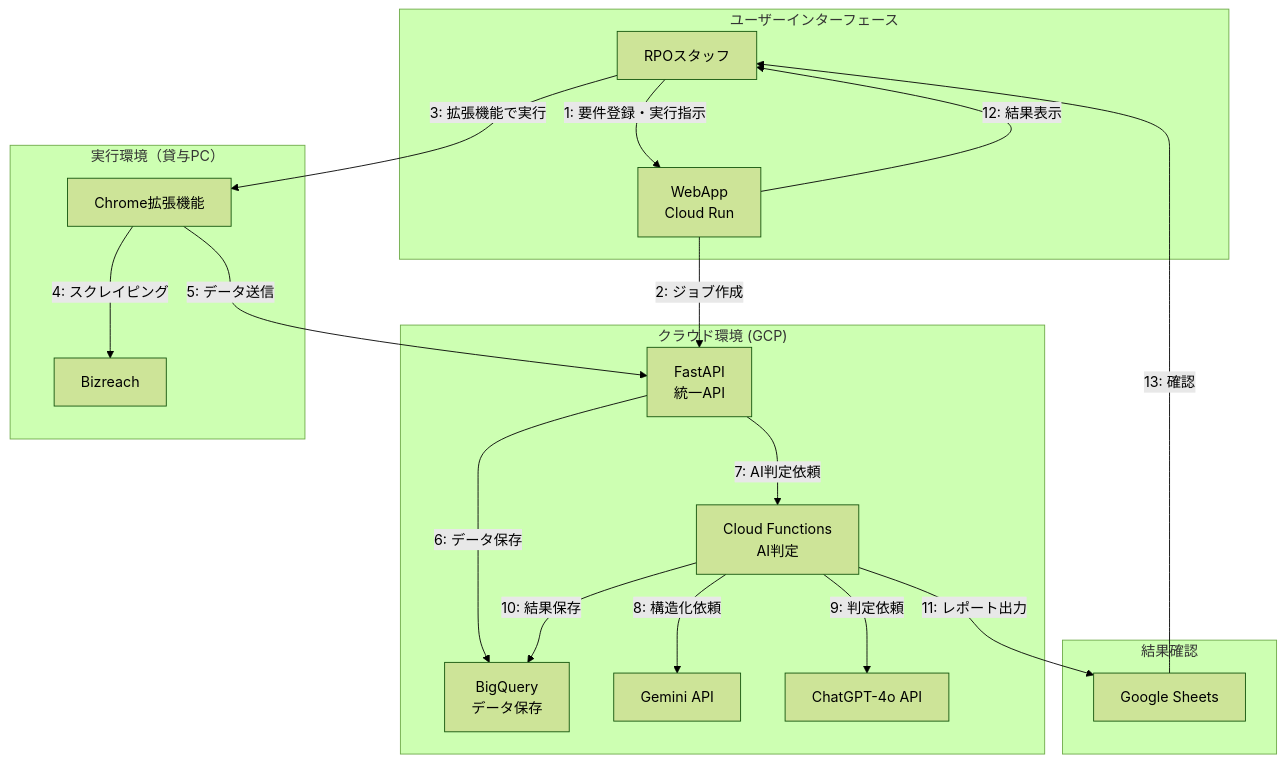
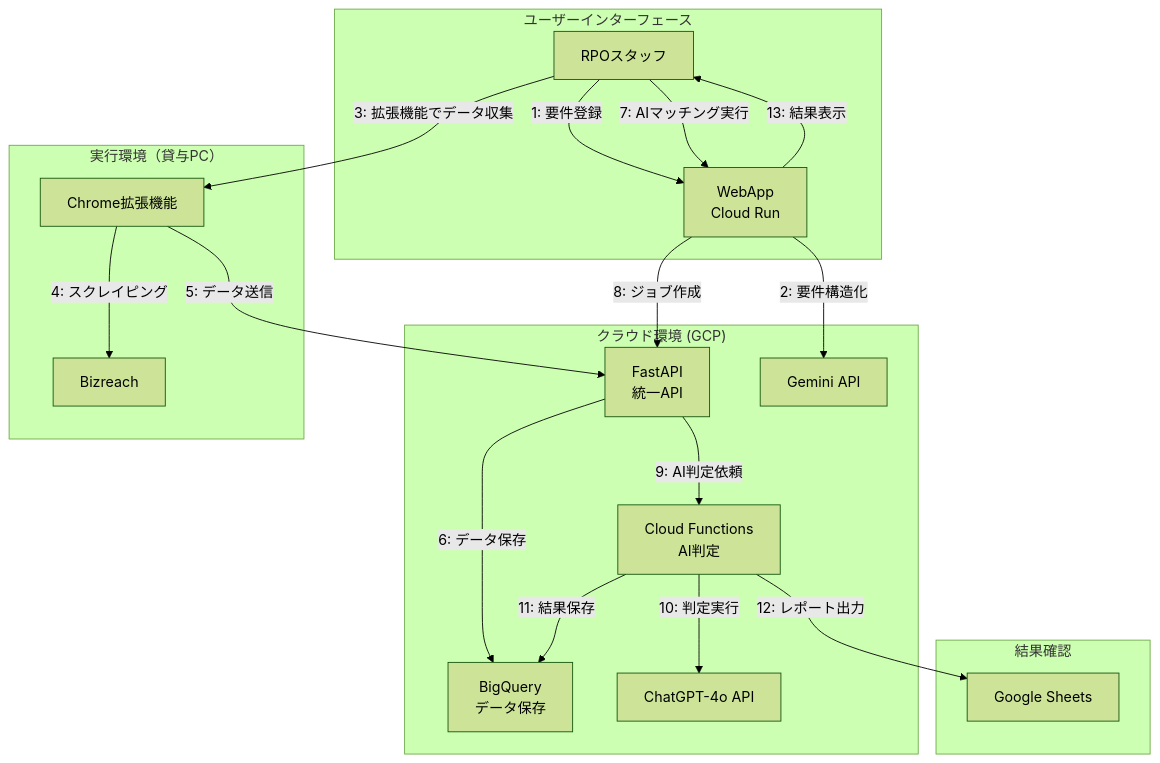
The first of 4 diagrams in README_CHROME_EXTENSION.md (takeshita-0x0201/rpo-automation), drawn with Mermaid (forest theme) before and after one commit. The commit also changed other lines of this file, not shown here.

````diff
--- a/README_CHROME_EXTENSION.md
+++ b/README_CHROME_EXTENSION.md
@@ -36,38 +36,38 @@
 ```mermaid
 graph TD
     subgraph "ユーザーインターフェース"
         A[RPOスタッフ]
         B[WebApp<br/>Cloud Run]
     end
     
     subgraph "クラウド環境 (GCP)"
         C[FastAPI<br/>統一API]
         D[Cloud Functions<br/>AI判定]
         E[BigQuery<br/>データ保存]
         F[Gemini API]
         G[ChatGPT-4o API]
     end
     
     subgraph "実行環境（貸与PC）"
         H[Chrome拡張機能]
         I[Bizreach]
     end
     
     subgraph "結果確認"
         J[Google Sheets]
     end
     
-    A -->|1: 要件登録・実行指示| B
-    B -->|2: ジョブ作成| C
-    A -->|3: 拡張機能で実行| H
+    A -->|1: 要件登録| B
+    B -->|2: 要件構造化| F
+    A -->|3: 拡張機能でデータ収集| H
     H -->|4: スクレイピング| I
     H -->|5: データ送信| C
     C -->|6: データ保存| E
-    C -->|7: AI判定依頼| D
-    D -->|8: 構造化依頼| F
-    D -->|9: 判定依頼| G
-    D -->|10: 結果保存| E
-    D -->|11: レポート出力| J
-    B -->|12: 結果表示| A
-    J -->|13: 確認| A
+    A -->|7: AIマッチング実行| B
+    B -->|8: ジョブ作成| C
+    C -->|9: AI判定依頼| D
+    D -->|10: 判定実行| G
+    D -->|11: 結果保存| E
+    D -->|12: レポート出力| J
+    B -->|13: 結果表示| A
 ```
````
